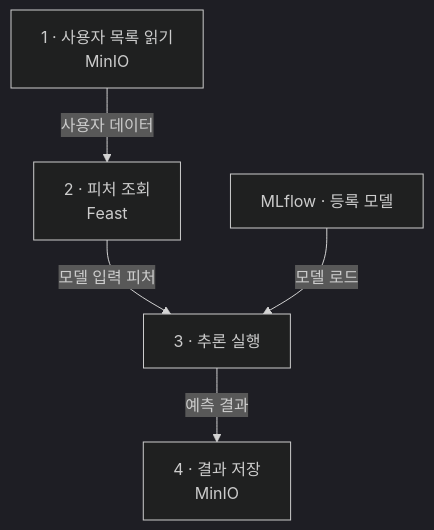
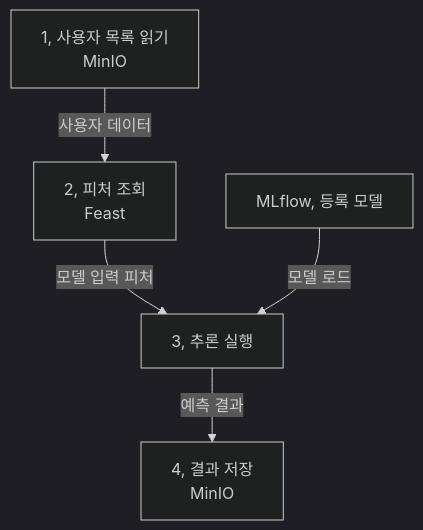
Before and after one commit to johklo/johklo.github.io: the diagram in content/docs/tech/machine-learning-platform-engineering/05-ml-pipelines.md, drawn with Mermaid (dark theme). The commit also changed other lines of this file and 14 other files, not shown here.

````diff
--- a/content/docs/tech/machine-learning-platform-engineering/05-ml-pipelines.md
+++ b/content/docs/tech/machine-learning-platform-engineering/05-ml-pipelines.md
@@ -22,9 +16,9 @@
 ```mermaid
 flowchart TD
     accTitle: 네 컴포넌트로 구성한 배치 추론 DAG
     accDescr: MinIO의 사용자 목록을 읽고 Feast에서 피처를 조회한 뒤, MLflow에서 가져온 모델로 추론하고 결과를 MinIO에 저장합니다. 각 상자는 독립적인 컴포넌트입니다.
-    A["1 · 사용자 목록 읽기<br/>MinIO"] -->|"사용자 데이터"| B["2 · 피처 조회<br/>Feast"]
-    B -->|"모델 입력 피처"| C["3 · 추론 실행"]
-    M["MLflow · 등록 모델"] -->|"모델 로드"| C
-    C -->|"예측 결과"| D["4 · 결과 저장<br/>MinIO"]
+    A["1, 사용자 목록 읽기<br/>MinIO"] -->|"사용자 데이터"| B["2, 피처 조회<br/>Feast"]
+    B -->|"모델 입력 피처"| C["3, 추론 실행"]
+    M["MLflow, 등록 모델"] -->|"모델 로드"| C
+    C -->|"예측 결과"| D["4, 결과 저장<br/>MinIO"]
 ```
````
